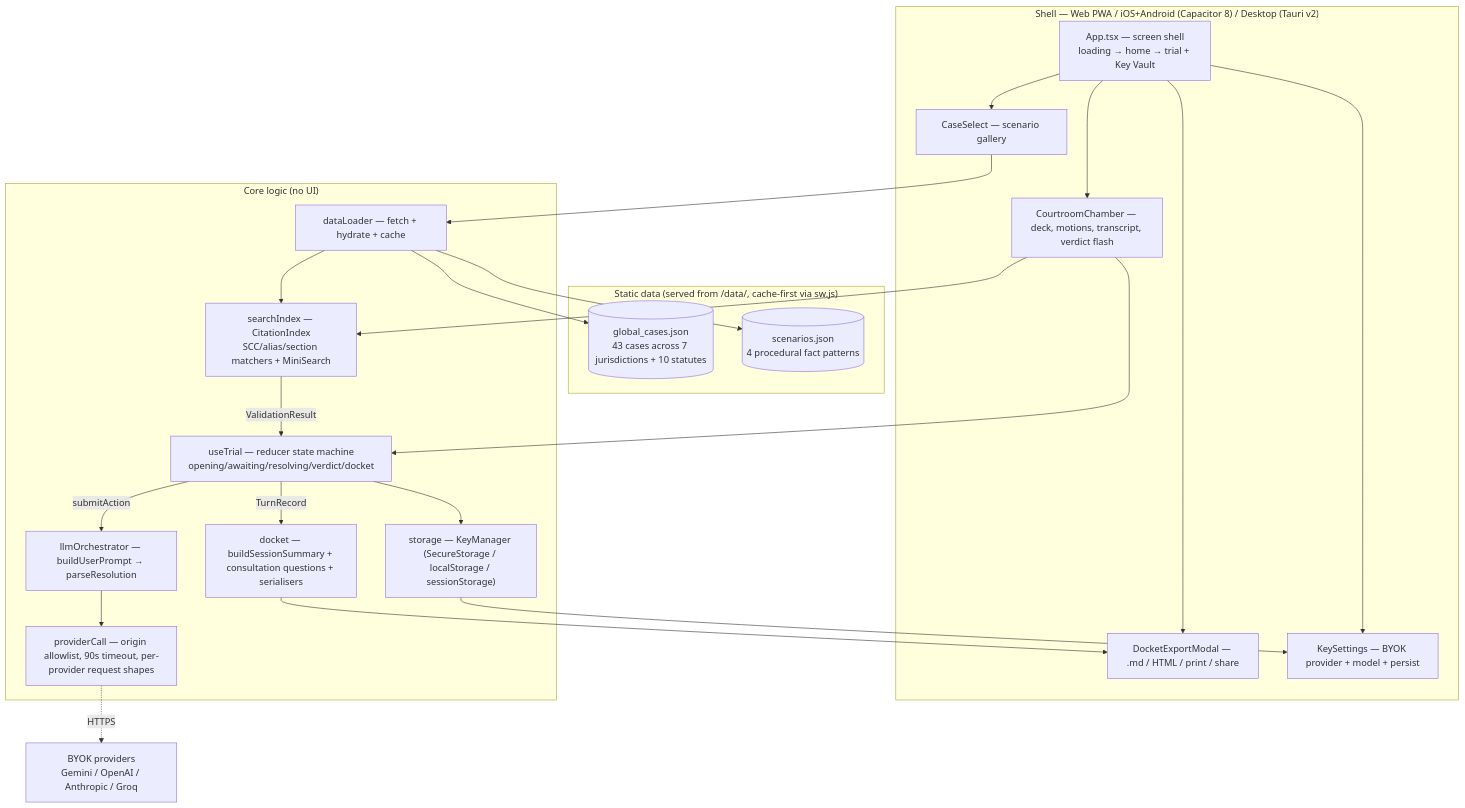
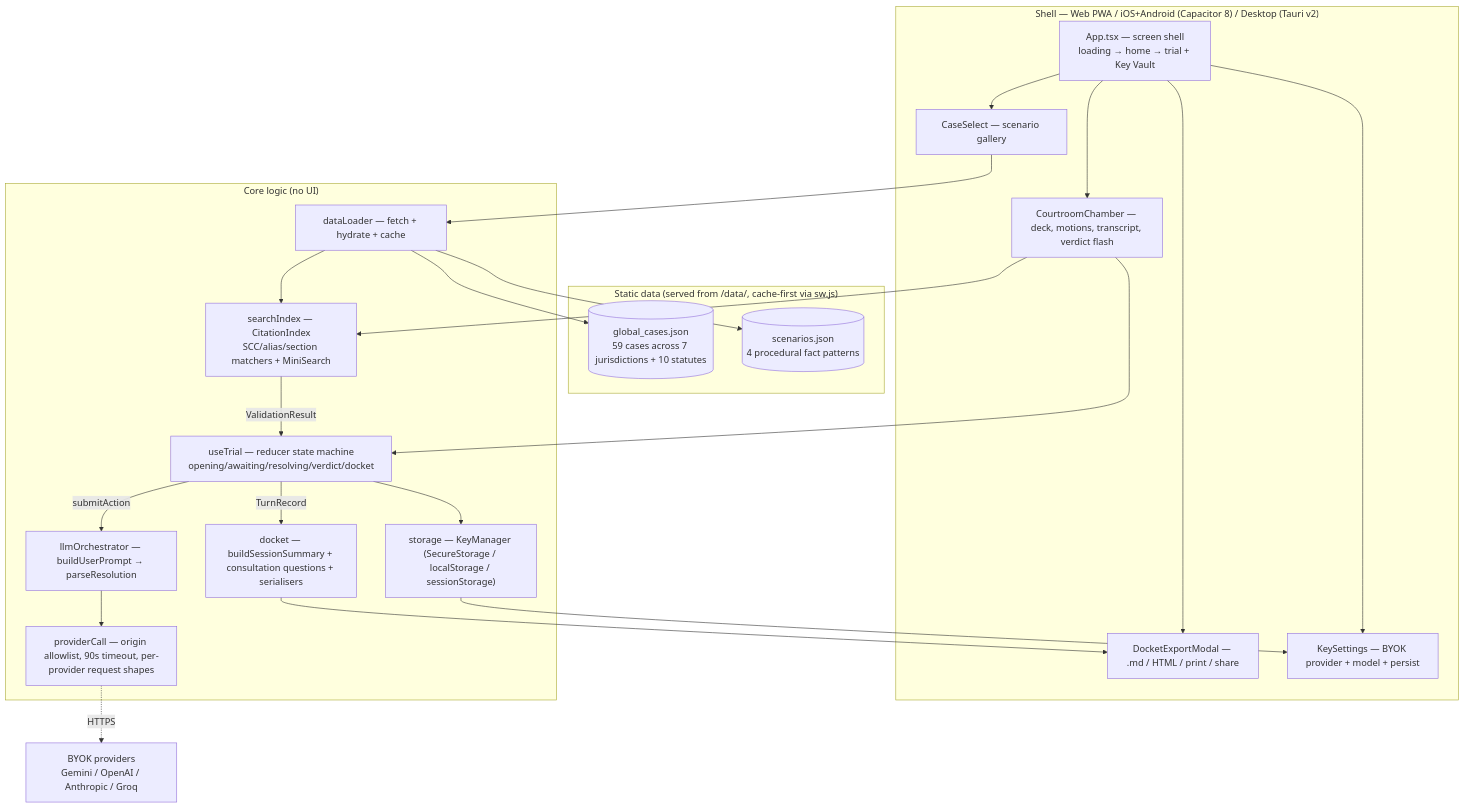
Before and after one commit to z99wE/overruled: the first of 2 diagrams in README.md, drawn with Mermaid. The commit also changed other lines of this file and 2 other files, not shown here.

Commit message:
docs: correct corpus count to 59 verified judgments; add ARCHITECTURE.md with system, agentic-loop and trust-boundary diagrams; document the agentic layer and its citation-verification leash

````diff
--- a/README.md
+++ b/README.md
@@ -113,46 +126,46 @@
 ```mermaid
 flowchart TD
     subgraph shell["Shell — Web PWA / iOS+Android (Capacitor 8) / Desktop (Tauri v2)"]
         App["App.tsx — screen shell<br/>loading → home → trial + Key Vault"]
         CaseSelect["CaseSelect — scenario gallery"]
         Chamber["CourtroomChamber — deck, motions, transcript, verdict flash"]
         DocketUI["DocketExportModal — .md / HTML / print / share"]
         KeyUI["KeySettings — BYOK provider + model + persist"]
     end
 
     subgraph data["Static data (served from /data/, cache-first via sw.js)"]
-        Corpus[("global_cases.json<br/>43 cases across 7 jurisdictions + 10 statutes")]
+        Corpus[("global_cases.json<br/>59 cases across 7 jurisdictions + 10 statutes")]
         Scenarios[("scenarios.json<br/>4 procedural fact patterns")]
     end
 
     subgraph core["Core logic (no UI)"]
         Loader["dataLoader — fetch + hydrate + cache"]
         Index["searchIndex — CitationIndex<br/>SCC/alias/section matchers + MiniSearch"]
         Store["storage — KeyManager (SecureStorage / localStorage / sessionStorage)"]
         Trial["useTrial — reducer state machine<br/>opening/awaiting/resolving/verdict/docket"]
         Orchestrator["llmOrchestrator — buildUserPrompt → parseResolution"]
         Provider["providerCall — origin allowlist, 90s timeout, per-provider request shapes"]
         Docket["docket — buildSessionSummary + consultation questions + serialisers"]
     end
 
     Providers["BYOK providers<br/>Gemini / OpenAI / Anthropic / Groq"]
 
     App --> CaseSelect
     App --> Chamber
     App --> DocketUI
     App --> KeyUI
     CaseSelect --> Loader
     Loader --> Corpus
     Loader --> Scenarios
     Loader --> Index
     Chamber --> Trial
     Trial --> Store
     Store --> KeyUI
     Chamber --> Index
     Index -->|ValidationResult| Trial
     Trial -->|submitAction| Orchestrator
     Orchestrator --> Provider
     Provider -. HTTPS .-> Providers
     Trial -->|TurnRecord| Docket
     Docket --> DocketUI
 ```
````
